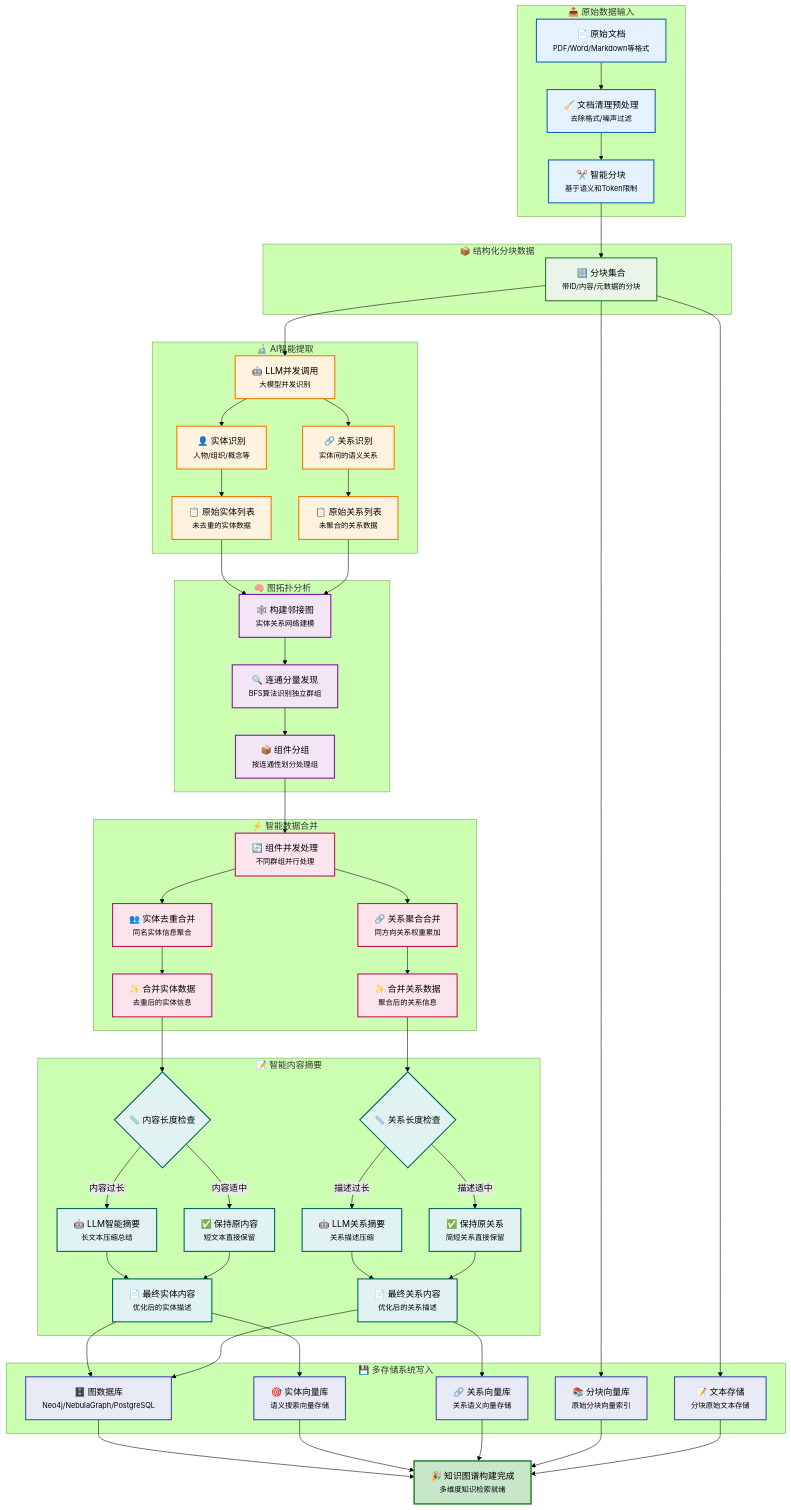
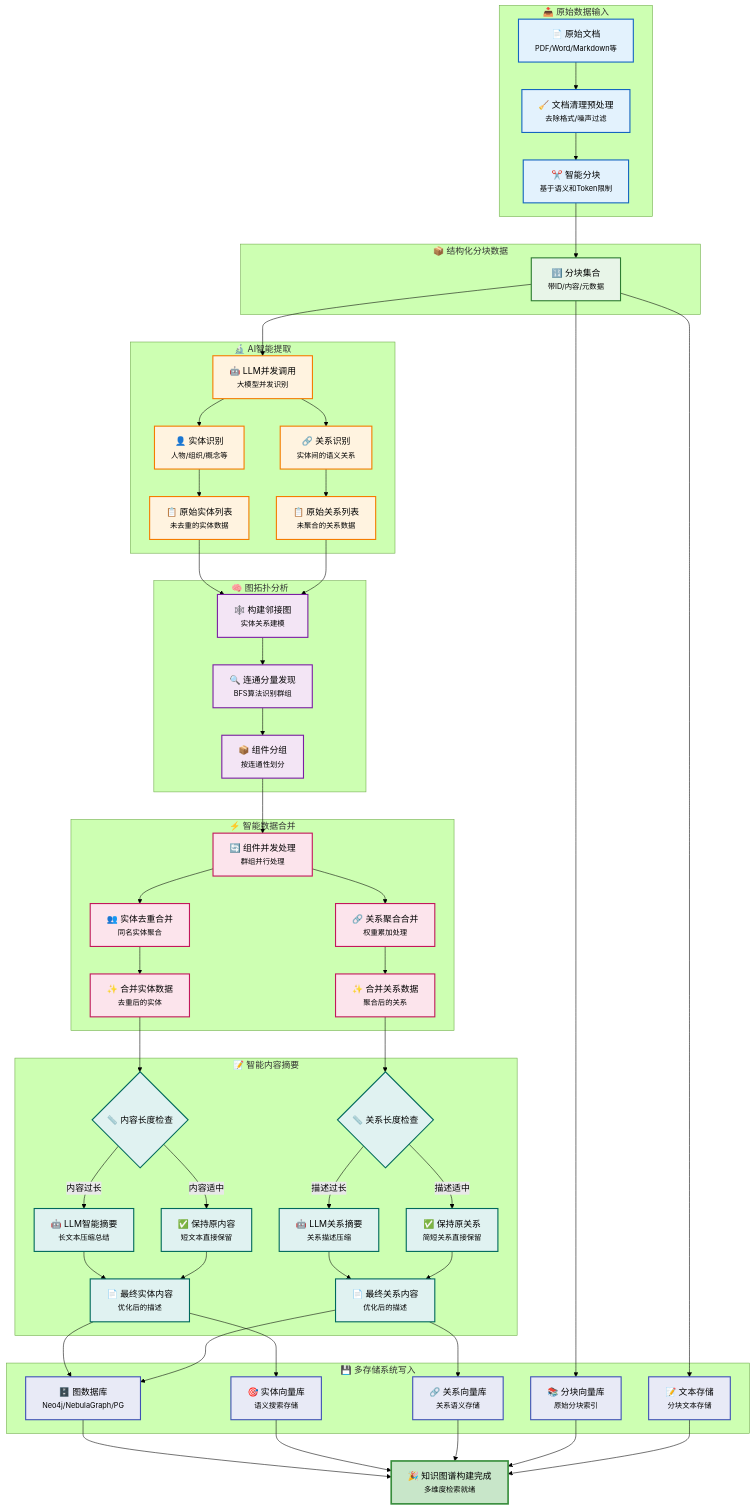
The second of 2 diagrams in docs/design/graph_index_creation_zh.md (apecloud/ApeRAG), drawn with Mermaid (forest theme) before and after one commit.

Commit message:
feat: add doc docs/design/graph_index_creation_zh.md

```diff
--- a/docs/design/graph_index_creation_zh.md
+++ b/docs/design/graph_index_creation_zh.md
@@ -245,14 +245,14 @@
     
     %% 数据输入阶段
     subgraph InputStage ["📥 原始数据输入"]
-        A["📄 原始文档<br/><small>PDF/Word/Markdown等格式</small>"]
+        A["📄 原始文档<br/><small>PDF/Word/Markdown等</small>"]
         B["🧹 文档清理预处理<br/><small>去除格式/噪声过滤</small>"]
         C["✂️ 智能分块<br/><small>基于语义和Token限制</small>"]
     end
     
     %% 分块数据阶段
     subgraph ChunkStage ["📦 结构化分块数据"]
-        D["🔢 分块集合<br/><small>带ID/内容/元数据的分块</small>"]
+        D["🔢 分块集合<br/><small>带ID/内容/元数据</small>"]
     end
     
     %% 并发提取阶段
@@ -266,18 +266,18 @@
     
     %% 拓扑分析阶段
     subgraph TopoStage ["🧠 图拓扑分析"]
-        J["🕸️ 构建邻接图<br/><small>实体关系网络建模</small>"]
-        K["🔍 连通分量发现<br/><small>BFS算法识别独立群组</small>"]
-        L["📦 组件分组<br/><small>按连通性划分处理组</small>"]
+        J["🕸️ 构建邻接图<br/><small>实体关系建模</small>"]
+        K["🔍 连通分量发现<br/><small>BFS算法识别群组</small>"]
+        L["📦 组件分组<br/><small>按连通性划分</small>"]
     end
     
     %% 并发合并阶段
     subgraph MergeStage ["⚡ 智能数据合并"]
-        M["🔄 组件并发处理<br/><small>不同群组并行处理</small>"]
-        N["👥 实体去重合并<br/><small>同名实体信息聚合</small>"]
-        O["🔗 关系聚合合并<br/><small>同方向关系权重累加</small>"]
-        P["✨ 合并实体数据<br/><small>去重后的实体信息</small>"]
-        Q["✨ 合并关系数据<br/><small>聚合后的关系信息</small>"]
+        M["🔄 组件并发处理<br/><small>群组并行处理</small>"]
+        N["👥 实体去重合并<br/><small>同名实体聚合</small>"]
+        O["🔗 关系聚合合并<br/><small>权重累加处理</small>"]
+        P["✨ 合并实体数据<br/><small>去重后的实体</small>"]
+        Q["✨ 合并关系数据<br/><small>聚合后的关系</small>"]
     end
     
     %% 智能摘要阶段
@@ -285,24 +285,24 @@
         R{"📏 内容长度检查"}
         S["🤖 LLM智能摘要<br/><small>长文本压缩总结</small>"]
         T["✅ 保持原内容<br/><small>短文本直接保留</small>"]
-        U["📄 最终实体内容<br/><small>优化后的实体描述</small>"]
+        U["📄 最终实体内容<br/><small>优化后的描述</small>"]
         V{"📏 关系长度检查"}
         W["🤖 LLM关系摘要<br/><small>关系描述压缩</small>"]
         X["✅ 保持原关系<br/><small>简短关系直接保留</small>"]
-        Y["📄 最终关系内容<br/><small>优化后的关系描述</small>"]
+        Y["📄 最终关系内容<br/><small>优化后的描述</small>"]
     end
     
     %% 多存储写入阶段
     subgraph StorageStage ["💾 多存储系统写入"]
-        Z1["🗄️ 图数据库<br/><small>Neo4j/NebulaGraph/PostgreSQL</small>"]
-        Z2["🎯 实体向量库<br/><small>语义搜索向量存储</small>"]
-        Z3["🔗 关系向量库<br/><small>关系语义向量存储</small>"]
-        Z4["📚 分块向量库<br/><small>原始分块向量索引</small>"]
-        Z5["📝 文本存储<br/><small>分块原始文本存储</small>"]
+        Z1["🗄️ 图数据库<br/><small>Neo4j/NebulaGraph/PG</small>"]
+        Z2["🎯 实体向量库<br/><small>语义搜索存储</small>"]
+        Z3["🔗 关系向量库<br/><small>关系语义存储</small>"]
+        Z4["📚 分块向量库<br/><small>原始分块索引</small>"]
+        Z5["📝 文本存储<br/><small>分块文本存储</small>"]
     end
     
     %% 完成阶段
-    AA["🎉 知识图谱构建完成<br/><small>多维度知识检索就绪</small>"]
+    AA["🎉 知识图谱构建完成<br/><small>多维度检索就绪</small>"]
     
     %% 主要数据流连接
     A --> B
```
